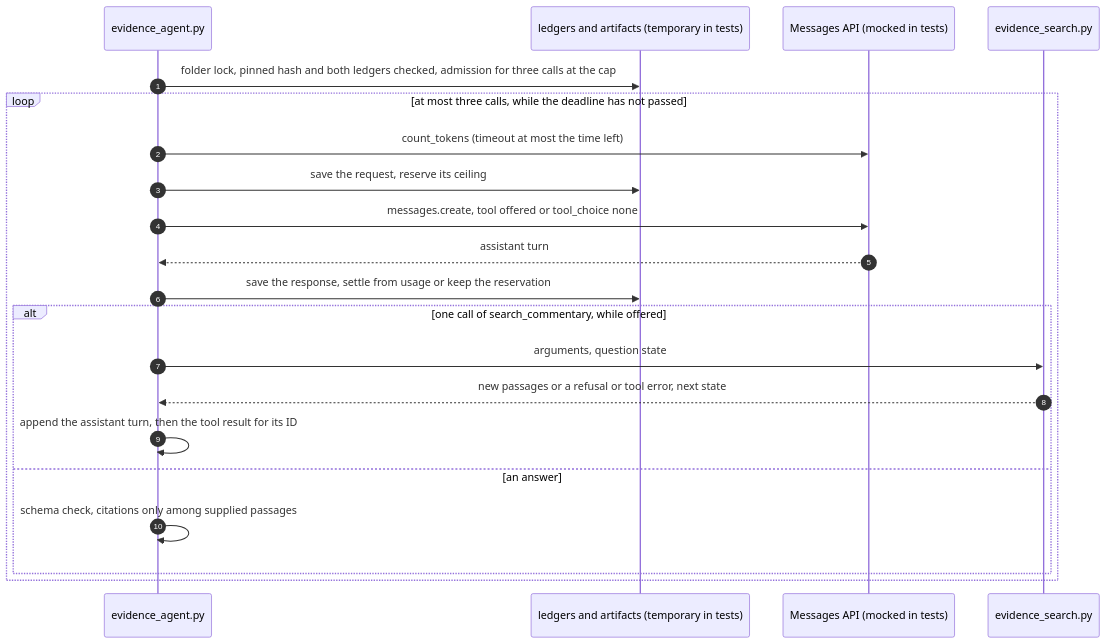
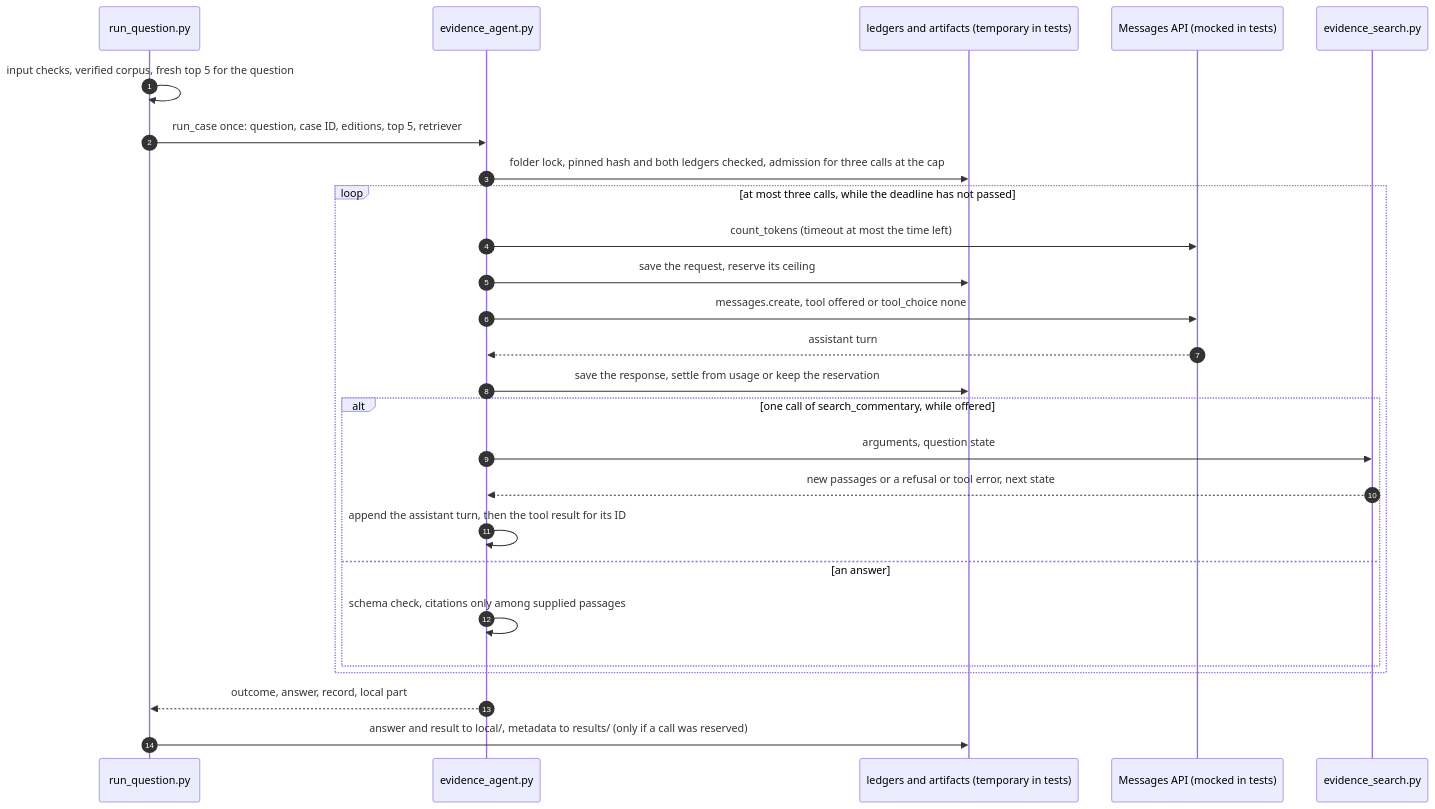
The second of 2 diagrams in docs/arc42/06-runtime-view.md (erhanuenlue/tarifhub), drawn with Mermaid before and after one commit. The commit also changed other lines of this file and 11 other files, not shown here.

First line of the commit message:
feat(tools): one-question runner for the evidence-seeking agent (ADR-026, offline only) (#55)

````diff
--- a/docs/arc42/06-runtime-view.md
+++ b/docs/arc42/06-runtime-view.md
@@ -101,23 +103,28 @@
 ```mermaid
 sequenceDiagram
   autonumber
+  participant Runner as run_question.py
   participant Agent as evidence_agent.py
   participant Books as ledgers and artifacts (temporary in tests)
   participant API as Messages API (mocked in tests)
   participant Search as evidence_search.py
+  Runner->>Runner: input checks, verified corpus, fresh top 5 for the question
+  Runner->>Agent: run_case once: question, case ID, editions, top 5, retriever
   Agent->>Books: folder lock, pinned hash and both ledgers checked, admission for three calls at the cap
   loop at most three calls, while the deadline has not passed
     Agent->>API: count_tokens (timeout at most the time left)
     Agent->>Books: save the request, reserve its ceiling
     Agent->>API: messages.create, tool offered or tool_choice none
     API-->>Agent: assistant turn
     Agent->>Books: save the response, settle from usage or keep the reservation
     alt one call of search_commentary, while offered
       Agent->>Search: arguments, question state
       Search-->>Agent: new passages or a refusal or tool error, next state
       Agent->>Agent: append the assistant turn, then the tool result for its ID
     else an answer
       Agent->>Agent: schema check, citations only among supplied passages
     end
   end
+  Agent-->>Runner: outcome, answer, record, local part
+  Runner->>Books: answer and result to local/, metadata to results/ (only if a call was reserved)
 ```
````
